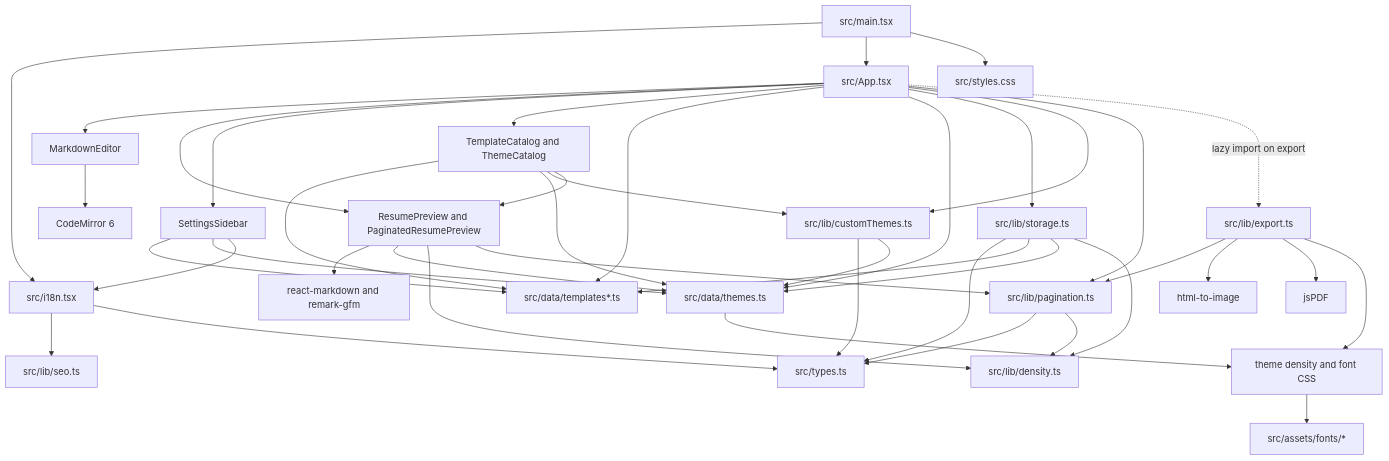
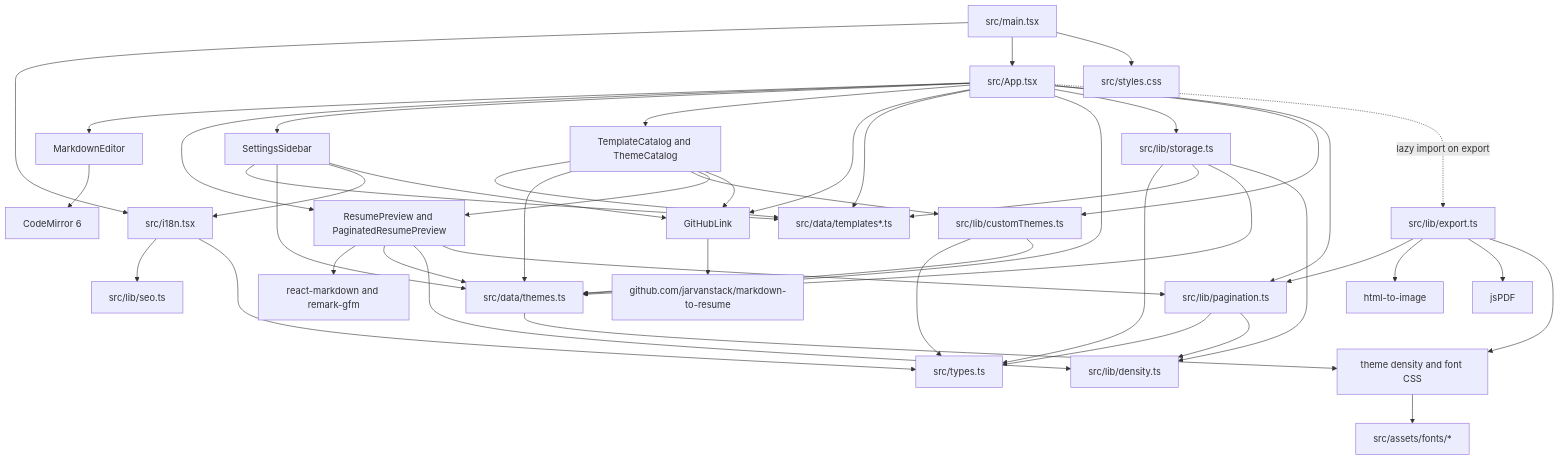
Before and after one commit to jarvanstack/markdown-to-resume: the second of 7 diagrams in docs/knowledge-graph.md, drawn with Mermaid. The commit also changed other lines of this file and 7 other files, not shown here.

Commit message:
Add shared GitHub repository links to header actions

````diff
--- a/docs/knowledge-graph.md
+++ b/docs/knowledge-graph.md
@@ -30,48 +31,52 @@
 ```mermaid
 flowchart TD
     Main["src/main.tsx"] --> I18n["src/i18n.tsx"]
     Main --> App["src/App.tsx"]
     Main --> AppCss["src/styles.css"]
 
     I18n --> Seo["src/lib/seo.ts"]
     I18n --> Types["src/types.ts"]
 
     App --> Editor["MarkdownEditor"]
     App --> Preview["ResumePreview and PaginatedResumePreview"]
     App --> Settings["SettingsSidebar"]
     App --> Catalogs["TemplateCatalog and ThemeCatalog"]
+    App --> GitHubLink["GitHubLink"]
     App --> Templates["src/data/templates*.ts"]
     App --> Themes["src/data/themes.ts"]
     App --> Storage["src/lib/storage.ts"]
     App --> CustomThemes["src/lib/customThemes.ts"]
     App --> Pagination["src/lib/pagination.ts"]
     App -.->|"lazy import on export"| Export["src/lib/export.ts"]
 
     Editor --> CodeMirror["CodeMirror 6"]
     Preview --> ReactMarkdown["react-markdown and remark-gfm"]
     Preview --> Themes
     Preview --> Density["src/lib/density.ts"]
     Preview --> Pagination
     Settings --> Templates
     Settings --> Themes
     Settings --> I18n
+    Settings --> GitHubLink
     Catalogs --> Templates
     Catalogs --> Themes
     Catalogs --> CustomThemes
     Catalogs --> Preview
+    Catalogs --> GitHubLink
+    GitHubLink --> GitHubRepo["github.com/jarvanstack/markdown-to-resume"]
 
     Storage --> Types
     Storage --> Templates
     Storage --> Themes
     Storage --> Density
     CustomThemes --> Types
     CustomThemes --> Themes
     Pagination --> Types
     Pagination --> Density
     Export --> Pagination
     Export --> HtmlToImage["html-to-image"]
     Export --> JsPdf["jsPDF"]
     Export --> ThemeCss["theme density and font CSS"]
     Themes --> ThemeCss
     ThemeCss --> FontAssets["src/assets/fonts/*"]
 ```
````
